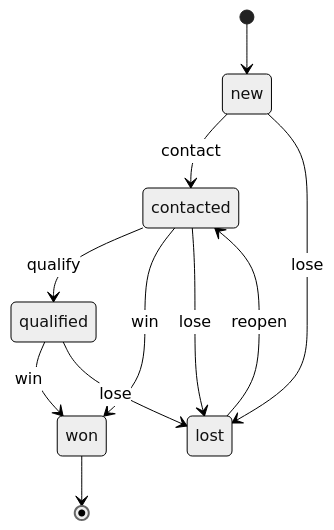
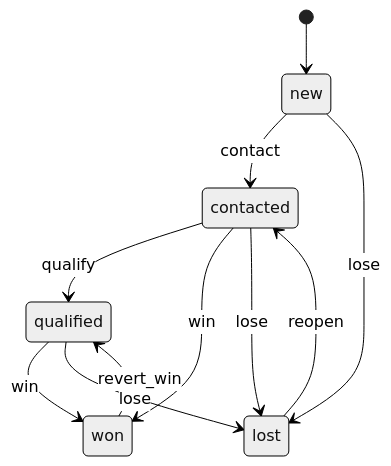
Before and after one commit to renox-rs/white-label: the first of 6 diagrams in docs/modules/wl-sales.md, drawn with Mermaid (neutral theme). The commit also changed other lines of this file and 38 other files, not shown here.

First line of the commit message:
Review G1-G7 for negative flows and completeness

````diff
--- a/docs/modules/wl-sales.md
+++ b/docs/modules/wl-sales.md
@@ -105,13 +108,13 @@
 ```mermaid
 stateDiagram-v2
   [*] --> new
   new --> contacted: contact
   contacted --> qualified: qualify
   contacted --> won: win
   qualified --> won: win
   new --> lost: lose
   contacted --> lost: lose
   qualified --> lost: lose
   lost --> contacted: reopen
-  won --> [*]
+  won --> qualified: revert_win
 ```
````
